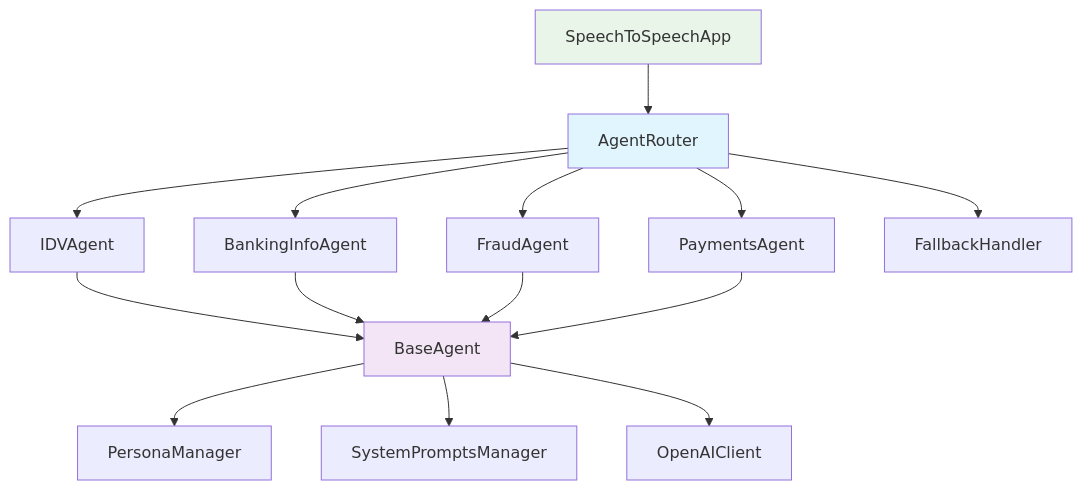
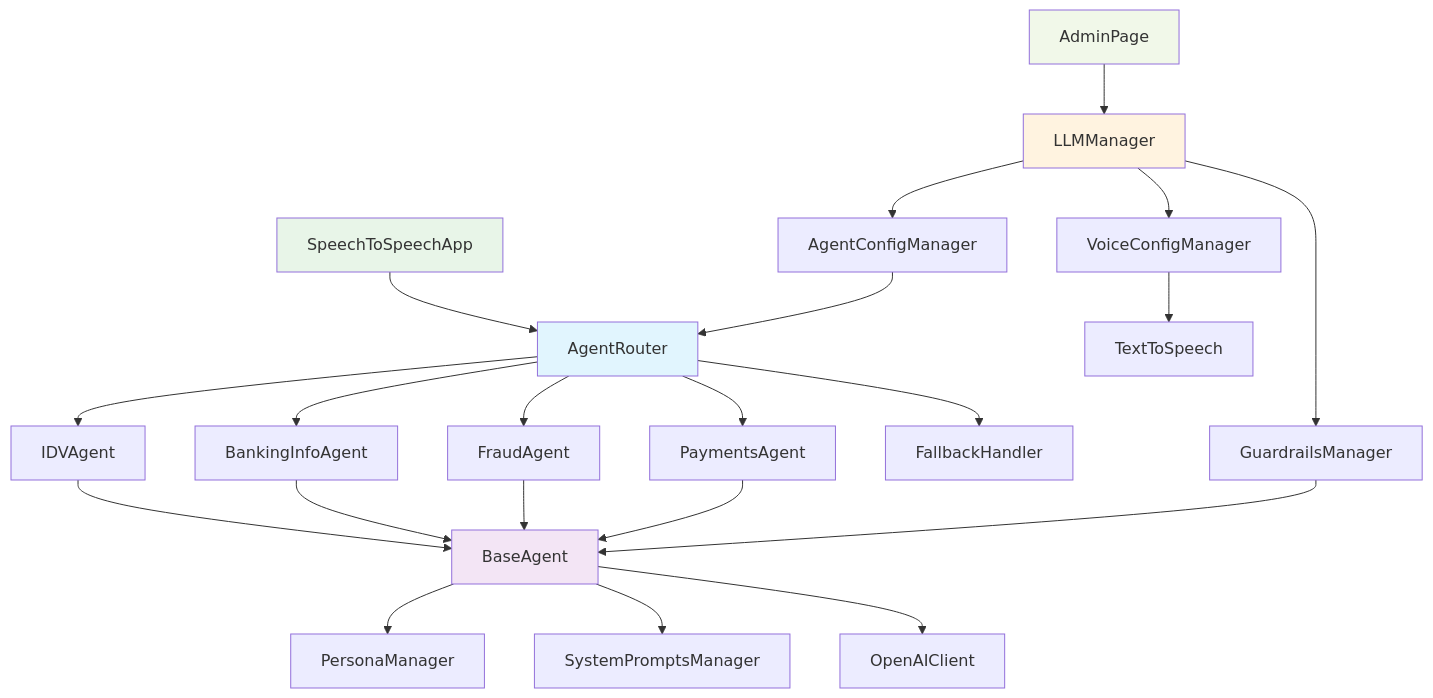
One commit to Ready2k/Project2 changed the diagram in .kiro/specs/voice-banking-agent-architecture/design.md. Above: the diagram before and after it, drawn with Mermaid. The commit also changed other lines of this file and 67 other files, not shown here.

````diff
--- a/.kiro/specs/voice-banking-agent-architecture/design.md
+++ b/.kiro/specs/voice-banking-agent-architecture/design.md
@@ -24,22 +24,33 @@
 ```mermaid
 graph TD
     A[SpeechToSpeechApp] --> B[AgentRouter]
     B --> C[IDVAgent]
     B --> D[BankingInfoAgent]
     B --> E[FraudAgent]
     B --> F[PaymentsAgent]
     B --> G[FallbackHandler]
     
     C --> H[BaseAgent]
     D --> H
     E --> H
     F --> H
     
     H --> I[PersonaManager]
     H --> J[SystemPromptsManager]
     H --> K[OpenAIClient]
     
+    L[AdminPage] --> M[LLMManager]
+    M --> N[GuardrailsManager]
+    M --> O[VoiceConfigManager]
+    M --> P[AgentConfigManager]
+    
+    N --> H
+    O --> Q[TextToSpeech]
+    P --> B
+    
     style B fill:#e1f5fe
     style H fill:#f3e5f5
     style A fill:#e8f5e8
+    style M fill:#fff3e0
+    style L fill:#f1f8e9
 ```
````
